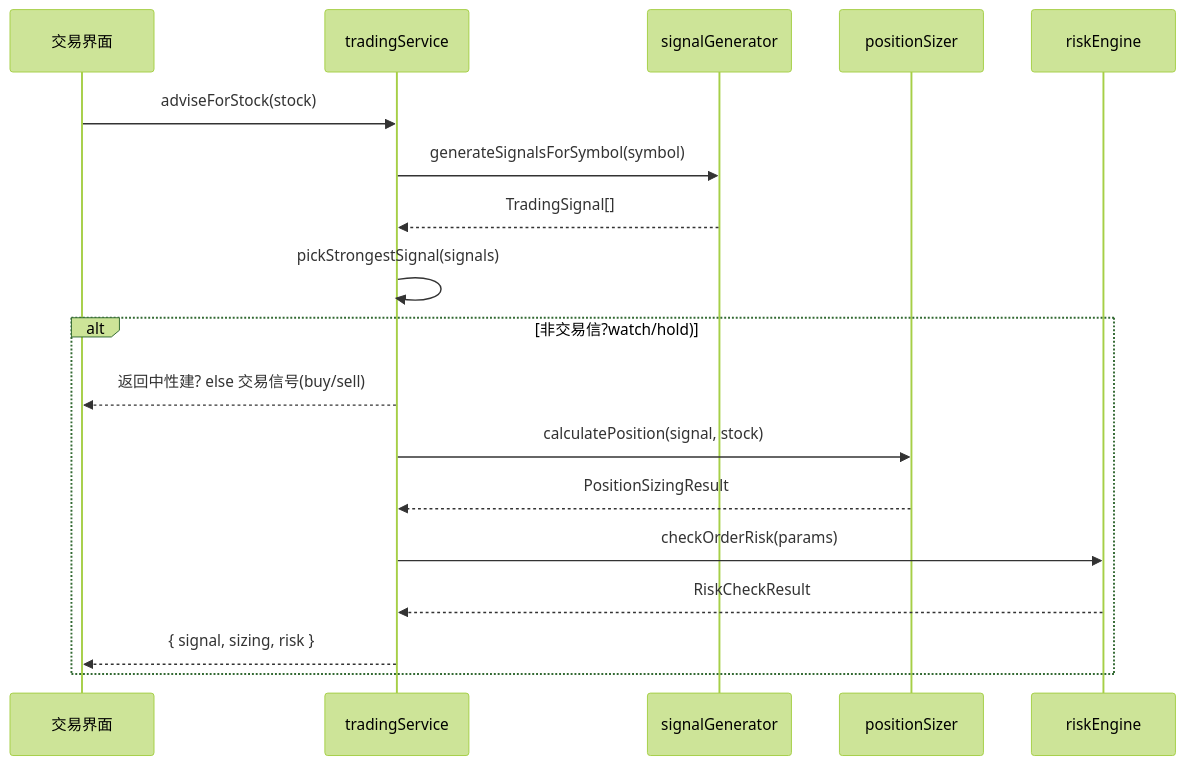
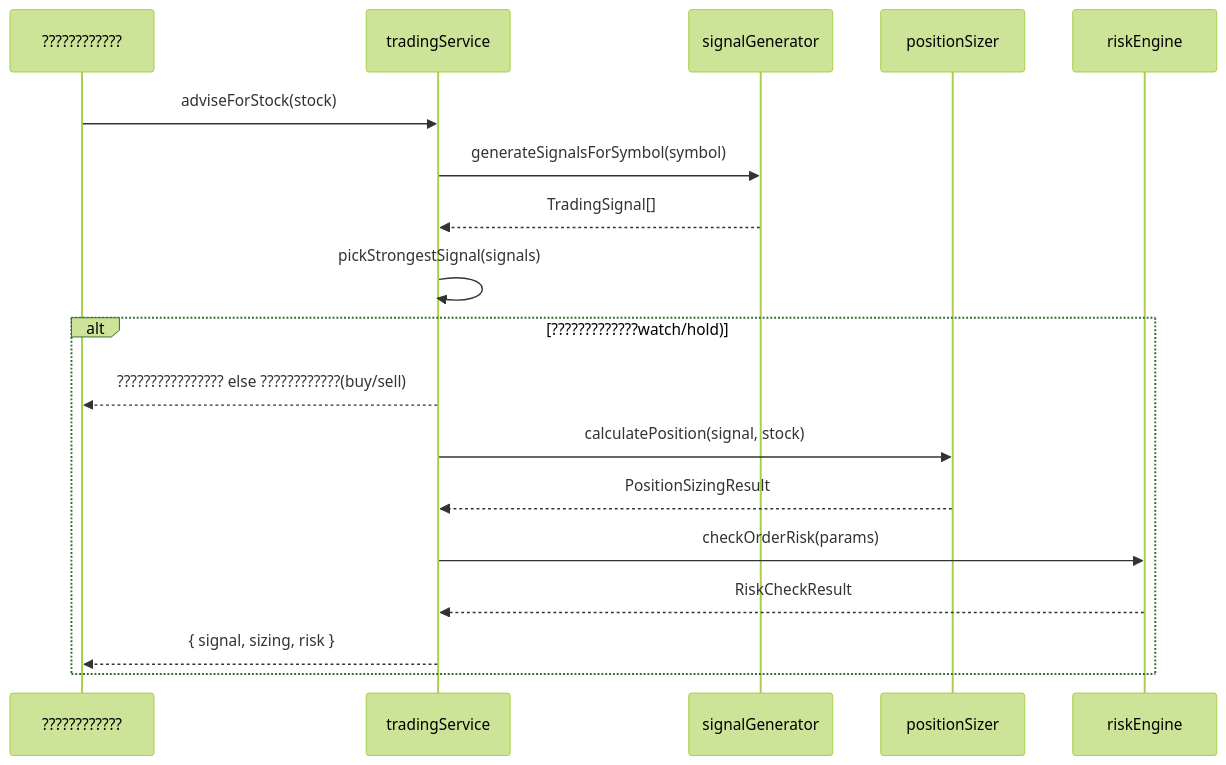
One commit to DHENGHONGYU/- changed the tenth of 19 diagrams in docs/explanation/design/databridge数据链路全景分析报告.md. Above: the diagram before and after it, drawn with Mermaid (forest theme). The commit also changed other lines of this file and 664 other files, not shown here.

````diff
--- a/docs/explanation/design/databridge数据链路全景分析报告.md
+++ b/docs/explanation/design/databridge数据链路全景分析报告.md
@@ -405,25 +405,25 @@
 ```mermaid
 sequenceDiagram
-    participant UI as 交易界面
+    participant UI as ????????????
     participant Service as tradingService
     participant Signal as signalGenerator
     participant Sizing as positionSizer
     participant Risk as riskEngine
     
     UI->>Service: adviseForStock(stock)
     Service->>Signal: generateSignalsForSymbol(symbol)
     Signal-->>Service: TradingSignal[]
     
     Service->>Service: pickStrongestSignal(signals)
     
-    alt 非交易信?watch/hold)
-        Service-->>UI: 返回中性建?    else 交易信号(buy/sell)
+    alt ?????????????watch/hold)
+        Service-->>UI: ????????????????    else ????????????(buy/sell)
         Service->>Sizing: calculatePosition(signal, stock)
         Sizing-->>Service: PositionSizingResult
         
         Service->>Risk: checkOrderRisk(params)
         Risk-->>Service: RiskCheckResult
         
         Service-->>UI: { signal, sizing, risk }
     end
 ```
````
